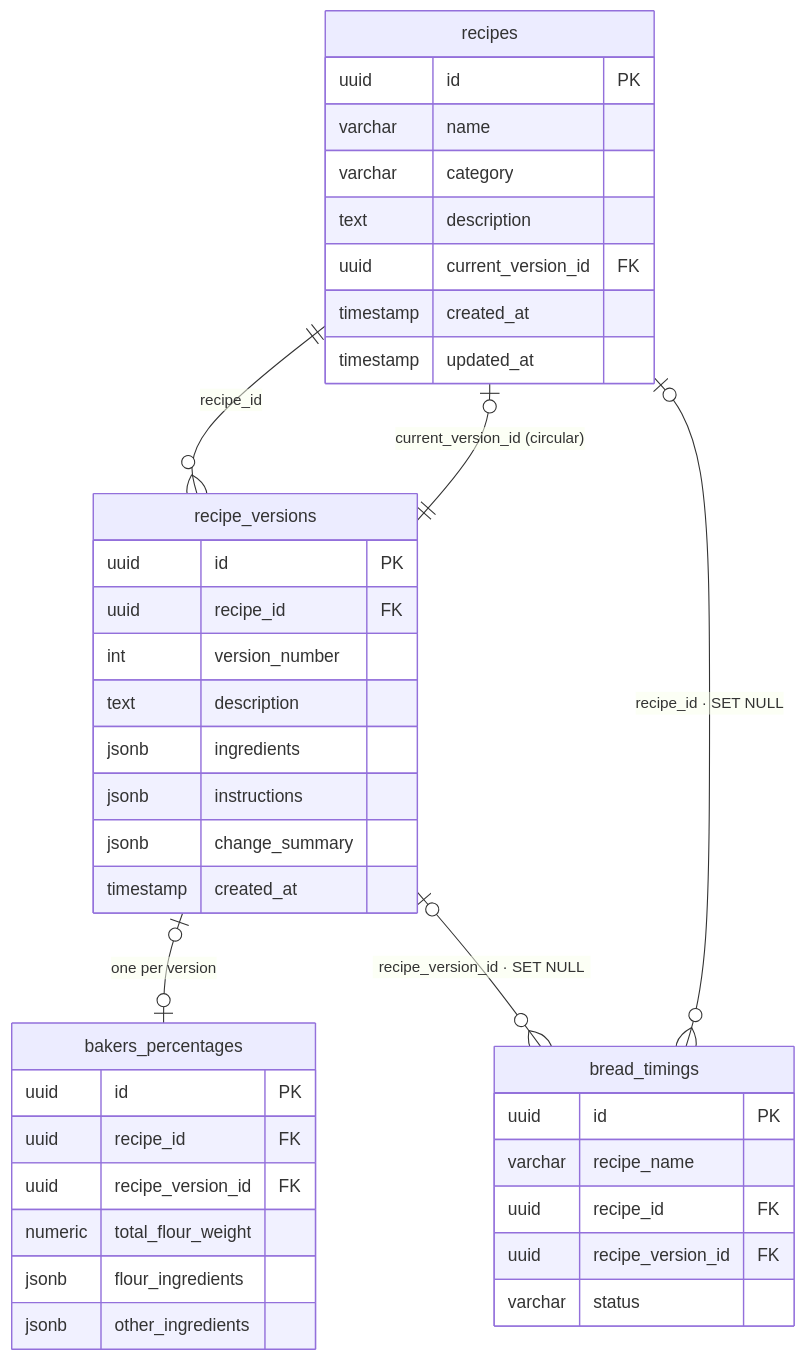
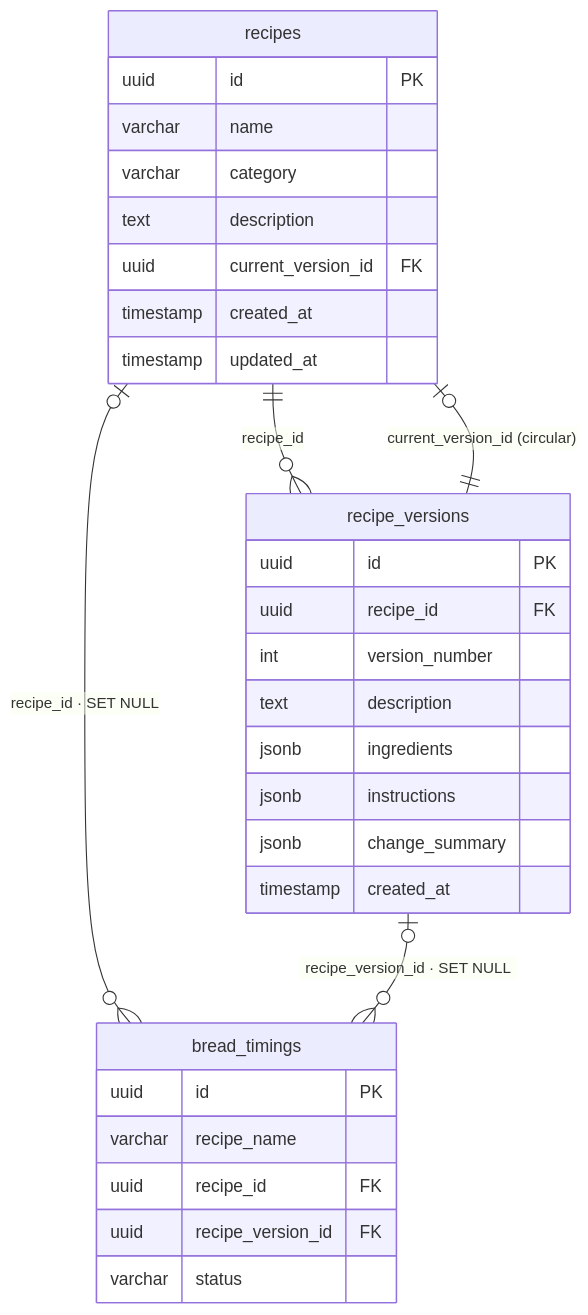
The second of 4 diagrams in docs/domain-model.md (sjoelee/bread-log), drawn with Mermaid before and after one commit. The commit also changed other lines of this file and 19 other files, not shown here.

````diff
--- a/docs/domain-model.md
+++ b/docs/domain-model.md
@@ -107,43 +105,34 @@
 ```mermaid
 erDiagram
     recipes ||--o{ recipe_versions : "recipe_id"
     recipes |o--|| recipe_versions : "current_version_id (circular)"
-    recipe_versions |o--o| bakers_percentages : "one per version"
     recipes |o--o{ bread_timings : "recipe_id · SET NULL"
     recipe_versions |o--o{ bread_timings : "recipe_version_id · SET NULL"
 
     recipes {
         uuid id PK
         varchar name
         varchar category
         text description
         uuid current_version_id FK
         timestamp created_at
         timestamp updated_at
     }
     recipe_versions {
         uuid id PK
         uuid recipe_id FK
         int version_number
         text description
         jsonb ingredients
         jsonb instructions
         jsonb change_summary
         timestamp created_at
     }
-    bakers_percentages {
-        uuid id PK
-        uuid recipe_id FK
-        uuid recipe_version_id FK
-        numeric total_flour_weight
-        jsonb flour_ingredients
-        jsonb other_ingredients
-    }
     bread_timings {
         uuid id PK
         varchar recipe_name
         uuid recipe_id FK
         uuid recipe_version_id FK
         varchar status
     }
 ```
````
